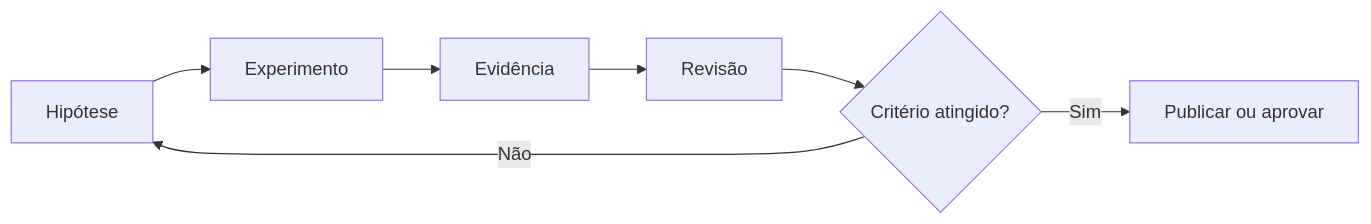
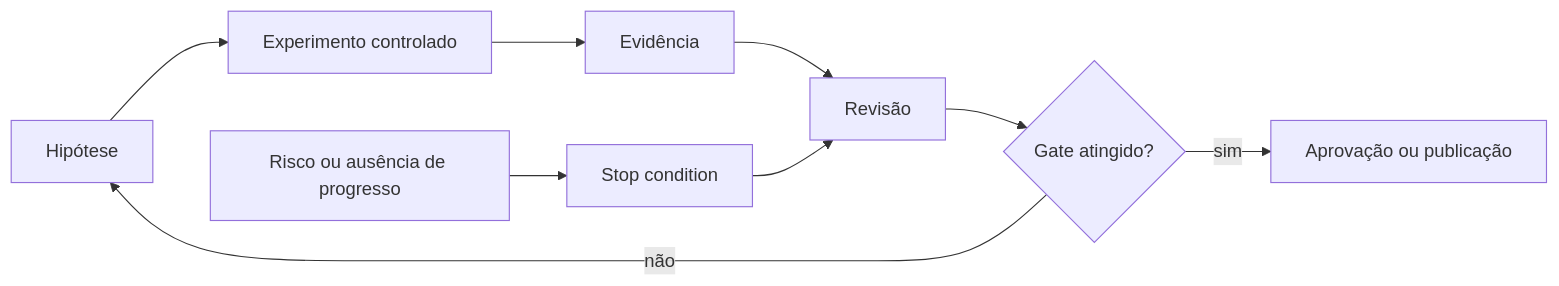
Before and after one commit to matheusflorindo32/nexus-agent-engineering-academy: the diagram in course/modules/00-orientation/README.md, drawn with Mermaid. The commit also changed other lines of this file, not shown here.

````diff
--- a/course/modules/00-orientation/README.md
+++ b/course/modules/00-orientation/README.md
@@ -50,9 +76,11 @@
 ```mermaid
 flowchart LR
-    H[Hipótese] --> E[Experimento]
+    H[Hipótese] --> E[Experimento controlado]
     E --> V[Evidência]
     V --> R[Revisão]
-    R --> D{Critério atingido?}
-    D -- Não --> H
-    D -- Sim --> P[Publicar ou aprovar]
+    R --> G{Gate atingido?}
+    G -- não --> H
+    G -- sim --> A[Aprovação ou publicação]
+    X[Risco ou ausência de progresso] --> S[Stop condition]
+    S --> R
 ```
````
